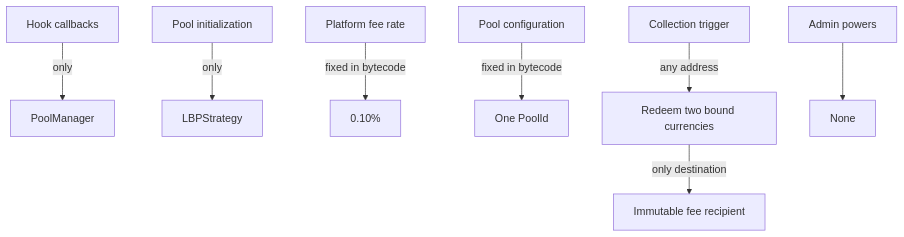
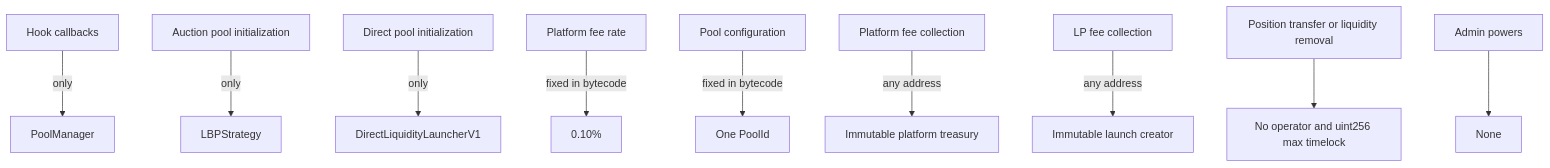
The second of 2 diagrams in contracts/security/diagrams/architecture.md (0xprogrammable/PROGRAMMABLE), drawn with Mermaid before and after one commit. The commit also changed other lines of this file and 23 other files, not shown here.

Commit message:
Add direct v4 launch variant and security gates

````diff
--- a/contracts/security/diagrams/architecture.md
+++ b/contracts/security/diagrams/architecture.md
@@ -30,10 +43,12 @@
 ```mermaid
 flowchart TD
     PoolCallback[Hook callbacks] -->|only| PoolManager
-    PoolInitialization[Pool initialization] -->|only| LBPStrategy
+    AuctionInitialization[Auction pool initialization] -->|only| LBPStrategy
+    DirectInitialization[Direct pool initialization] -->|only| DirectLiquidityLauncherV1
     FeeRate[Platform fee rate] -->|fixed in bytecode| TenBp[0.10%]
     PoolConfig[Pool configuration] -->|fixed in bytecode| PoolId[One PoolId]
-    FeeCollection[Collection trigger] -->|any address| Redeem[Redeem two bound currencies]
-    Redeem -->|only destination| Treasury[Immutable fee recipient]
+    PlatformCollection[Platform fee collection] -->|any address| Treasury[Immutable platform treasury]
+    LPCollection[LP fee collection] -->|any address| Creator[Immutable launch creator]
+    PositionControl[Position transfer or liquidity removal] --> Locked[No operator and uint256 max timelock]
     Admin[Admin powers] --> None[None]
 ```
````
